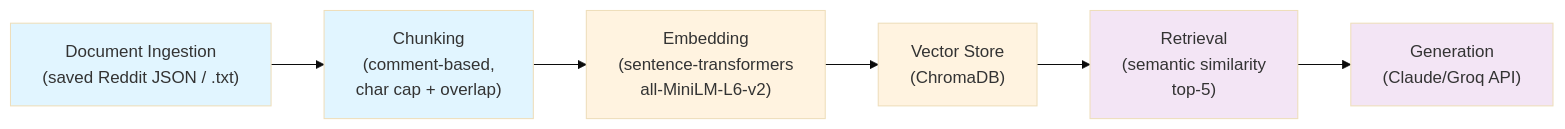
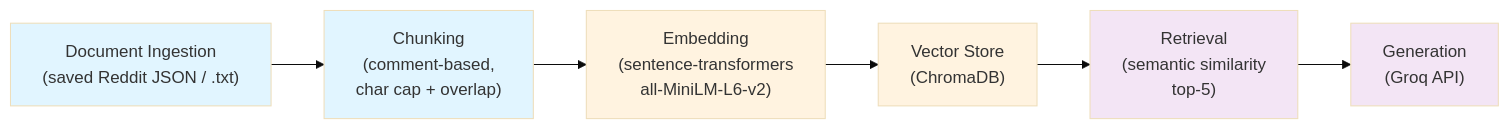
One commit to biswaskdk/ai201-project1-unofficial-guide-starter changed the diagram in planning.md. Above: the diagram before and after it, drawn with Mermaid (base theme).

Commit message:
Post Completion Patch 1.0.1

````diff
--- a/planning.md
+++ b/planning.md
@@ -90,19 +90,19 @@
 ```mermaid
 graph LR
     A["Document Ingestion<br/>(saved Reddit JSON / .txt)"] 
     B["Chunking<br/>(comment-based,<br/>char cap + overlap)"] 
     C["Embedding<br/>(sentence-transformers<br/>all-MiniLM-L6-v2)"]
     D["Vector Store<br/>(ChromaDB)"]
     E["Retrieval<br/>(semantic similarity<br/>top-5)"] 
-    F["Generation<br/>(Claude/Groq API)"]
+    F["Generation<br/>(Groq API)"]
     
     A --> B --> C --> D
     D --> E --> F
     
     style A fill:#e1f5ff
     style B fill:#e1f5ff
     style C fill:#fff3e0
     style D fill:#fff3e0
     style E fill:#f3e5f5
     style F fill:#f3e5f5
 ```
````
